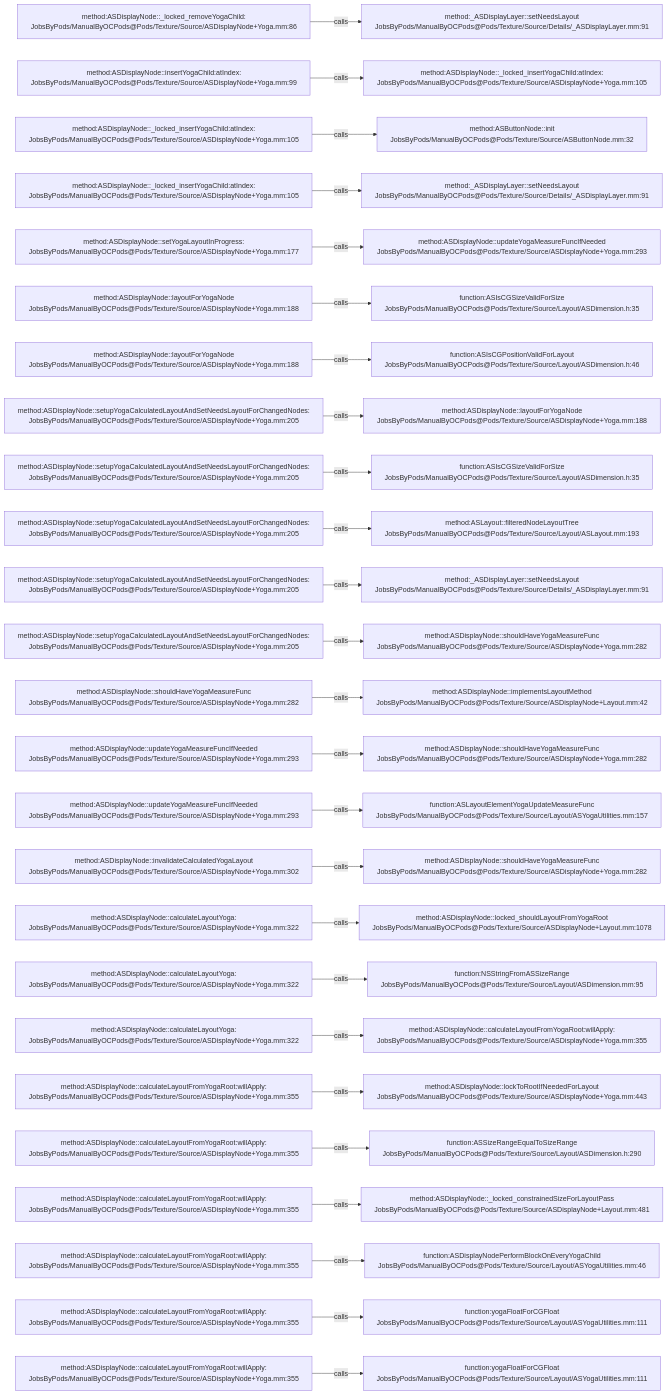
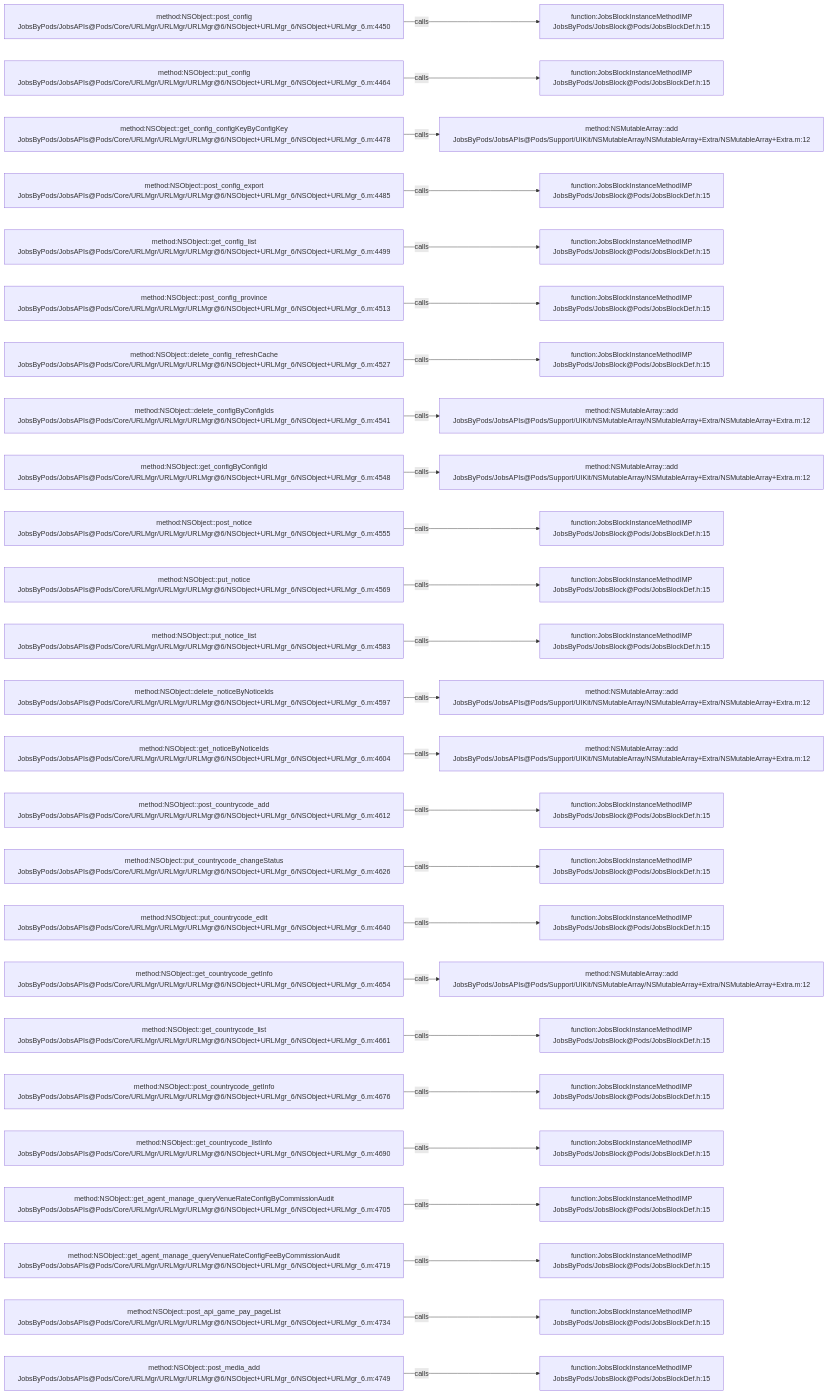
One commit to JobsKits/JobsOCBaseConfigDemo changed the diagram in .codegraph/codegraph.md/graphs/calls-080.md. Above: the diagram before and after it, drawn with Mermaid. The commit also changed 768 other files, not shown here.

````diff
--- a/.codegraph/codegraph.md/graphs/calls-080.md
+++ b/.codegraph/codegraph.md/graphs/calls-080.md
@@ -13,78 +13,78 @@
 ```mermaid
 flowchart LR
-  S1["method:ASDisplayNode::_locked_removeYogaChild:<br/>JobsByPods/ManualByOCPods@Pods/Texture/Source/ASDisplayNode+Yoga.mm:86"]
-  T1["method:_ASDisplayLayer::setNeedsLayout<br/>JobsByPods/ManualByOCPods@Pods/Texture/Source/Details/_ASDisplayLayer.mm:91"]
+  S1["method:NSObject::post_config<br/>JobsByPods/JobsAPIs@Pods/Core/URLMgr/URLMgr/URLMgr@6/NSObject+URLMgr_6/NSObject+URLMgr_6.m:4450"]
+  T1["function:JobsBlockInstanceMethodIMP<br/>JobsByPods/JobsBlock@Pods/JobsBlockDef.h:15"]
   S1 -->|calls| T1
-  S2["method:ASDisplayNode::insertYogaChild:atIndex:<br/>JobsByPods/ManualByOCPods@Pods/Texture/Source/ASDisplayNode+Yoga.mm:99"]
-  T2["method:ASDisplayNode::_locked_insertYogaChild:atIndex:<br/>JobsByPods/ManualByOCPods@Pods/Texture/Source/ASDisplayNode+Yoga.mm:105"]
+  S2["method:NSObject::put_config<br/>JobsByPods/JobsAPIs@Pods/Core/URLMgr/URLMgr/URLMgr@6/NSObject+URLMgr_6/NSObject+URLMgr_6.m:4464"]
+  T2["function:JobsBlockInstanceMethodIMP<br/>JobsByPods/JobsBlock@Pods/JobsBlockDef.h:15"]
   S2 -->|calls| T2
-  S3["method:ASDisplayNode::_locked_insertYogaChild:atIndex:<br/>JobsByPods/ManualByOCPods@Pods/Texture/Source/ASDisplayNode+Yoga.mm:105"]
-  T3["method:ASButtonNode::init<br/>JobsByPods/ManualByOCPods@Pods/Texture/Source/ASButtonNode.mm:32"]
+  S3["method:NSObject::get_config_configKeyByConfigKey<br/>JobsByPods/JobsAPIs@Pods/Core/URLMgr/URLMgr/URLMgr@6/NSObject+URLMgr_6/NSObject+URLMgr_6.m:4478"]
+  T3["method:NSMutableArray::add<br/>JobsByPods/JobsAPIs@Pods/Support/UIKit/NSMutableArray/NSMutableArray+Extra/NSMutableArray+Extra.m:12"]
   S3 -->|calls| T3
-  S4["method:ASDisplayNode::_locked_insertYogaChild:atIndex:<br/>JobsByPods/ManualByOCPods@Pods/Texture/Source/ASDisplayNode+Yoga.mm:105"]
-  T4["method:_ASDisplayLayer::setNeedsLayout<br/>JobsByPods/ManualByOCPods@Pods/Texture/Source/Details/_ASDisplayLayer.mm:91"]
+  S4["method:NSObject::post_config_export<br/>JobsByPods/JobsAPIs@Pods/Core/URLMgr/URLMgr/URLMgr@6/NSObject+URLMgr_6/NSObject+URLMgr_6.m:4485"]
+  T4["function:JobsBlockInstanceMethodIMP<br/>JobsByPods/JobsBlock@Pods/JobsBlockDef.h:15"]
   S4 -->|calls| T4
-  S5["method:ASDisplayNode::setYogaLayoutInProgress:<br/>JobsByPods/ManualByOCPods@Pods/Texture/Source/ASDisplayNode+Yoga.mm:177"]
-  T5["method:ASDisplayNode::updateYogaMeasureFuncIfNeeded<br/>JobsByPods/ManualByOCPods@Pods/Texture/Source/ASDisplayNode+Yoga.mm:293"]
+  S5["method:NSObject::get_config_list<br/>JobsByPods/JobsAPIs@Pods/Core/URLMgr/URLMgr/URLMgr@6/NSObject+URLMgr_6/NSObject+URLMgr_6.m:4499"]
+  T5["function:JobsBlockInstanceMethodIMP<br/>JobsByPods/JobsBlock@Pods/JobsBlockDef.h:15"]
   S5 -->|calls| T5
-  S6["method:ASDisplayNode::layoutForYogaNode<br/>JobsByPods/ManualByOCPods@Pods/Texture/Source/ASDisplayNode+Yoga.mm:188"]
-  T6["function:ASIsCGSizeValidForSize<br/>JobsByPods/ManualByOCPods@Pods/Texture/Source/Layout/ASDimension.h:35"]
+  S6["method:NSObject::post_config_province<br/>JobsByPods/JobsAPIs@Pods/Core/URLMgr/URLMgr/URLMgr@6/NSObject+URLMgr_6/NSObject+URLMgr_6.m:4513"]
+  T6["function:JobsBlockInstanceMethodIMP<br/>JobsByPods/JobsBlock@Pods/JobsBlockDef.h:15"]
   S6 -->|calls| T6
-  S7["method:ASDisplayNode::layoutForYogaNode<br/>JobsByPods/ManualByOCPods@Pods/Texture/Source/ASDisplayNode+Yoga.mm:188"]
-  T7["function:ASIsCGPositionValidForLayout<br/>JobsByPods/ManualByOCPods@Pods/Texture/Source/Layout/ASDimension.h:46"]
+  S7["method:NSObject::delete_config_refreshCache<br/>JobsByPods/JobsAPIs@Pods/Core/URLMgr/URLMgr/URLMgr@6/NSObject+URLMgr_6/NSObject+URLMgr_6.m:4527"]
+  T7["function:JobsBlockInstanceMethodIMP<br/>JobsByPods/JobsBlock@Pods/JobsBlockDef.h:15"]
   S7 -->|calls| T7
-  S8["method:ASDisplayNode::setupYogaCalculatedLayoutAndSetNeedsLayoutForChangedNodes:<br/>JobsByPods/ManualByOCPods@Pods/Texture/Source/ASDisplayNode+Yoga.mm:205"]
-  T8["method:ASDisplayNode::layoutForYogaNode<br/>JobsByPods/ManualByOCPods@Pods/Texture/Source/ASDisplayNode+Yoga.mm:188"]
+  S8["method:NSObject::delete_configByConfigIds<br/>JobsByPods/JobsAPIs@Pods/Core/URLMgr/URLMgr/URLMgr@6/NSObject+URLMgr_6/NSObject+URLMgr_6.m:4541"]
+  T8["method:NSMutableArray::add<br/>JobsByPods/JobsAPIs@Pods/Support/UIKit/NSMutableArray/NSMutableArray+Extra/NSMutableArray+Extra.m:12"]
   S8 -->|calls| T8
-  S9["method:ASDisplayNode::setupYogaCalculatedLayoutAndSetNeedsLayoutForChangedNodes:<br/>JobsByPods/ManualByOCPods@Pods/Texture/Source/ASDisplayNode+Yoga.mm:205"]
-  T9["function:ASIsCGSizeValidForSize<br/>JobsByPods/ManualByOCPods@Pods/Texture/Source/Layout/ASDimension.h:35"]
+  S9["method:NSObject::get_configByConfigId<br/>JobsByPods/JobsAPIs@Pods/Core/URLMgr/URLMgr/URLMgr@6/NSObject+URLMgr_6/NSObject+URLMgr_6.m:4548"]
+  T9["method:NSMutableArray::add<br/>JobsByPods/JobsAPIs@Pods/Support/UIKit/NSMutableArray/NSMutableArray+Extra/NSMutableArray+Extra.m:12"]
   S9 -->|calls| T9
-  S10["method:ASDisplayNode::setupYogaCalculatedLayoutAndSetNeedsLayoutForChangedNodes:<br/>JobsByPods/ManualByOCPods@Pods/Texture/Source/ASDisplayNode+Yoga.mm:205"]
-  T10["method:ASLayout::filteredNodeLayoutTree<br/>JobsByPods/ManualByOCPods@Pods/Texture/Source/Layout/ASLayout.mm:193"]
+  S10["method:NSObject::post_notice<br/>JobsByPods/JobsAPIs@Pods/Core/URLMgr/URLMgr/URLMgr@6/NSObject+URLMgr_6/NSObject+URLMgr_6.m:4555"]
+  T10["function:JobsBlockInstanceMethodIMP<br/>JobsByPods/JobsBlock@Pods/JobsBlockDef.h:15"]
   S10 -->|calls| T10
-  S11["method:ASDisplayNode::setupYogaCalculatedLayoutAndSetNeedsLayoutForChangedNodes:<br/>JobsByPods/ManualByOCPods@Pods/Texture/Source/ASDisplayNode+Yoga.mm:205"]
-  T11["method:_ASDisplayLayer::setNeedsLayout<br/>JobsByPods/ManualByOCPods@Pods/Texture/Source/Details/_ASDisplayLayer.mm:91"]
+  S11["method:NSObject::put_notice<br/>JobsByPods/JobsAPIs@Pods/Core/URLMgr/URLMgr/URLMgr@6/NSObject+URLMgr_6/NSObject+URLMgr_6.m:4569"]
+  T11["function:JobsBlockInstanceMethodIMP<br/>JobsByPods/JobsBlock@Pods/JobsBlockDef.h:15"]
   S11 -->|calls| T11
-  S12["method:ASDisplayNode::setupYogaCalculatedLayoutAndSetNeedsLayoutForChangedNodes:<br/>JobsByPods/ManualByOCPods@Pods/Texture/Source/ASDisplayNode+Yoga.mm:205"]
-  T12["method:ASDisplayNode::shouldHaveYogaMeasureFunc<br/>JobsByPods/ManualByOCPods@Pods/Texture/Source/ASDisplayNode+Yoga.mm:282"]
+  S12["method:NSObject::put_notice_list<br/>JobsByPods/JobsAPIs@Pods/Core/URLMgr/URLMgr/URLMgr@6/NSObject+URLMgr_6/NSObject+URLMgr_6.m:4583"]
+  T12["function:JobsBlockInstanceMethodIMP<br/>JobsByPods/JobsBlock@Pods/JobsBlockDef.h:15"]
   S12 -->|calls| T12
-  S13["method:ASDisplayNode::shouldHaveYogaMeasureFunc<br/>JobsByPods/ManualByOCPods@Pods/Texture/Source/ASDisplayNode+Yoga.mm:282"]
-  T13["method:ASDisplayNode::implementsLayoutMethod<br/>JobsByPods/ManualByOCPods@Pods/Texture/Source/ASDisplayNode+Layout.mm:42"]
+  S13["method:NSObject::delete_noticeByNoticeIds<br/>JobsByPods/JobsAPIs@Pods/Core/URLMgr/URLMgr/URLMgr@6/NSObject+URLMgr_6/NSObject+URLMgr_6.m:4597"]
+  T13["method:NSMutableArray::add<br/>JobsByPods/JobsAPIs@Pods/Support/UIKit/NSMutableArray/NSMutableArray+Extra/NSMutableArray+Extra.m:12"]
   S13 -->|calls| T13
-  S14["method:ASDisplayNode::updateYogaMeasureFuncIfNeeded<br/>JobsByPods/ManualByOCPods@Pods/Texture/Source/ASDisplayNode+Yoga.mm:293"]
-  T14["method:ASDisplayNode::shouldHaveYogaMeasureFunc<br/>JobsByPods/ManualByOCPods@Pods/Texture/Source/ASDisplayNode+Yoga.mm:282"]
+  S14["method:NSObject::get_noticeByNoticeIds<br/>JobsByPods/JobsAPIs@Pods/Core/URLMgr/URLMgr/URLMgr@6/NSObject+URLMgr_6/NSObject+URLMgr_6.m:4604"]
+  T14["method:NSMutableArray::add<br/>JobsByPods/JobsAPIs@Pods/Support/UIKit/NSMutableArray/NSMutableArray+Extra/NSMutableArray+Extra.m:12"]
   S14 -->|calls| T14
-  S15["method:ASDisplayNode::updateYogaMeasureFuncIfNeeded<br/>JobsByPods/ManualByOCPods@Pods/Texture/Source/ASDisplayNode+Yoga.mm:293"]
-  T15["function:ASLayoutElementYogaUpdateMeasureFunc<br/>JobsByPods/ManualByOCPods@Pods/Texture/Source/Layout/ASYogaUtilities.mm:157"]
+  S15["method:NSObject::post_countrycode_add<br/>JobsByPods/JobsAPIs@Pods/Core/URLMgr/URLMgr/URLMgr@6/NSObject+URLMgr_6/NSObject+URLMgr_6.m:4612"]
+  T15["function:JobsBlockInstanceMethodIMP<br/>JobsByPods/JobsBlock@Pods/JobsBlockDef.h:15"]
   S15 -->|calls| T15
-  S16["method:ASDisplayNode::invalidateCalculatedYogaLayout<br/>JobsByPods/ManualByOCPods@Pods/Texture/Source/ASDisplayNode+Yoga.mm:302"]
-  T16["method:ASDisplayNode::shouldHaveYogaMeasureFunc<br/>JobsByPods/ManualByOCPods@Pods/Texture/Source/ASDisplayNode+Yoga.mm:282"]
+  S16["method:NSObject::put_countrycode_changeStatus<br/>JobsByPods/JobsAPIs@Pods/Core/URLMgr/URLMgr/URLMgr@6/NSObject+URLMgr_6/NSObject+URLMgr_6.m:4626"]
+  T16["function:JobsBlockInstanceMethodIMP<br/>JobsByPods/JobsBlock@Pods/JobsBlockDef.h:15"]
   S16 -->|calls| T16
-  S17["method:ASDisplayNode::calculateLayoutYoga:<br/>JobsByPods/ManualByOCPods@Pods/Texture/Source/ASDisplayNode+Yoga.mm:322"]
-  T17["method:ASDisplayNode::locked_shouldLayoutFromYogaRoot<br/>JobsByPods/ManualByOCPods@Pods/Texture/Source/ASDisplayNode+Layout.mm:1078"]
+  S17["method:NSObject::put_countrycode_edit<br/>JobsByPods/JobsAPIs@Pods/Core/URLMgr/URLMgr/URLMgr@6/NSObject+URLMgr_6/NSObject+URLMgr_6.m:4640"]
+  T17["function:JobsBlockInstanceMethodIMP<br/>JobsByPods/JobsBlock@Pods/JobsBlockDef.h:15"]
   S17 -->|calls| T17
-  S18["method:ASDisplayNode::calculateLayoutYoga:<br/>JobsByPods/ManualByOCPods@Pods/Texture/Source/ASDisplayNode+Yoga.mm:322"]
-  T18["function:NSStringFromASSizeRange<br/>JobsByPods/ManualByOCPods@Pods/Texture/Source/Layout/ASDimension.mm:95"]
+  S18["method:NSObject::get_countrycode_getInfo<br/>JobsByPods/JobsAPIs@Pods/Core/URLMgr/URLMgr/URLMgr@6/NSObject+URLMgr_6/NSObject+URLMgr_6.m:4654"]
+  T18["method:NSMutableArray::add<br/>JobsByPods/JobsAPIs@Pods/Support/UIKit/NSMutableArray/NSMutableArray+Extra/NSMutableArray+Extra.m:12"]
   S18 -->|calls| T18
-  S19["method:ASDisplayNode::calculateLayoutYoga:<br/>JobsByPods/ManualByOCPods@Pods/Texture/Source/ASDisplayNode+Yoga.mm:322"]
-  T19["method:ASDisplayNode::calculateLayoutFromYogaRoot:willApply:<br/>JobsByPods/ManualByOCPods@Pods/Texture/Source/ASDisplayNode+Yoga.mm:355"]
+  S19["method:NSObject::get_countrycode_list<br/>JobsByPods/JobsAPIs@Pods/Core/URLMgr/URLMgr/URLMgr@6/NSObject+URLMgr_6/NSObject+URLMgr_6.m:4661"]
+  T19["function:JobsBlockInstanceMethodIMP<br/>JobsByPods/JobsBlock@Pods/JobsBlockDef.h:15"]
   S19 -->|calls| T19
-  S20["method:ASDisplayNode::calculateLayoutFromYogaRoot:willApply:<br/>JobsByPods/ManualByOCPods@Pods/Texture/Source/ASDisplayNode+Yoga.mm:355"]
-  T20["method:ASDisplayNode::lockToRootIfNeededForLayout<br/>JobsByPods/ManualByOCPods@Pods/Texture/Source/ASDisplayNode+Yoga.mm:443"]
+  S20["method:NSObject::post_countrycode_getInfo<br/>JobsByPods/JobsAPIs@Pods/Core/URLMgr/URLMgr/URLMgr@6/NSObject+URLMgr_6/NSObject+URLMgr_6.m:4676"]
+  T20["function:JobsBlockInstanceMethodIMP<br/>JobsByPods/JobsBlock@Pods/JobsBlockDef.h:15"]
   S20 -->|calls| T20
-  S21["method:ASDisplayNode::calculateLayoutFromYogaRoot:willApply:<br/>JobsByPods/ManualByOCPods@Pods/Texture/Source/ASDisplayNode+Yoga.mm:355"]
-  T21["function:ASSizeRangeEqualToSizeRange<br/>JobsByPods/ManualByOCPods@Pods/Texture/Source/Layout/ASDimension.h:290"]
+  S21["method:NSObject::get_countrycode_listInfo<br/>JobsByPods/JobsAPIs@Pods/Core/URLMgr/URLMgr/URLMgr@6/NSObject+URLMgr_6/NSObject+URLMgr_6.m:4690"]
+  T21["function:JobsBlockInstanceMethodIMP<br/>JobsByPods/JobsBlock@Pods/JobsBlockDef.h:15"]
   S21 -->|calls| T21
-  S22["method:ASDisplayNode::calculateLayoutFromYogaRoot:willApply:<br/>JobsByPods/ManualByOCPods@Pods/Texture/Source/ASDisplayNode+Yoga.mm:355"]
-  T22["method:ASDisplayNode::_locked_constrainedSizeForLayoutPass<br/>JobsByPods/ManualByOCPods@Pods/Texture/Source/ASDisplayNode+Layout.mm:481"]
+  S22["method:NSObject::get_agent_manage_queryVenueRateConfigByCommissionAudit<br/>JobsByPods/JobsAPIs@Pods/Core/URLMgr/URLMgr/URLMgr@6/NSObject+URLMgr_6/NSObject+URLMgr_6.m:4705"]
+  T22["function:JobsBlockInstanceMethodIMP<br/>JobsByPods/JobsBlock@Pods/JobsBlockDef.h:15"]
   S22 -->|calls| T22
-  S23["method:ASDisplayNode::calculateLayoutFromYogaRoot:willApply:<br/>JobsByPods/ManualByOCPods@Pods/Texture/Source/ASDisplayNode+Yoga.mm:355"]
-  T23["function:ASDisplayNodePerformBlockOnEveryYogaChild<br/>JobsByPods/ManualByOCPods@Pods/Texture/Source/Layout/ASYogaUtilities.mm:46"]
+  S23["method:NSObject::get_agent_manage_queryVenueRateConfigFeeByCommissionAudit<br/>JobsByPods/JobsAPIs@Pods/Core/URLMgr/URLMgr/URLMgr@6/NSObject+URLMgr_6/NSObject+URLMgr_6.m:4719"]
+  T23["function:JobsBlockInstanceMethodIMP<br/>JobsByPods/JobsBlock@Pods/JobsBlockDef.h:15"]
   S23 -->|calls| T23
-  S24["method:ASDisplayNode::calculateLayoutFromYogaRoot:willApply:<br/>JobsByPods/ManualByOCPods@Pods/Texture/Source/ASDisplayNode+Yoga.mm:355"]
-  T24["function:yogaFloatForCGFloat<br/>JobsByPods/ManualByOCPods@Pods/Texture/Source/Layout/ASYogaUtilities.mm:111"]
+  S24["method:NSObject::post_api_game_pay_pageList<br/>JobsByPods/JobsAPIs@Pods/Core/URLMgr/URLMgr/URLMgr@6/NSObject+URLMgr_6/NSObject+URLMgr_6.m:4734"]
+  T24["function:JobsBlockInstanceMethodIMP<br/>JobsByPods/JobsBlock@Pods/JobsBlockDef.h:15"]
   S24 -->|calls| T24
-  S25["method:ASDisplayNode::calculateLayoutFromYogaRoot:willApply:<br/>JobsByPods/ManualByOCPods@Pods/Texture/Source/ASDisplayNode+Yoga.mm:355"]
-  T25["function:yogaFloatForCGFloat<br/>JobsByPods/ManualByOCPods@Pods/Texture/Source/Layout/ASYogaUtilities.mm:111"]
+  S25["method:NSObject::post_media_add<br/>JobsByPods/JobsAPIs@Pods/Core/URLMgr/URLMgr/URLMgr@6/NSObject+URLMgr_6/NSObject+URLMgr_6.m:4749"]
+  T25["function:JobsBlockInstanceMethodIMP<br/>JobsByPods/JobsBlock@Pods/JobsBlockDef.h:15"]
   S25 -->|calls| T25
 ```
````
